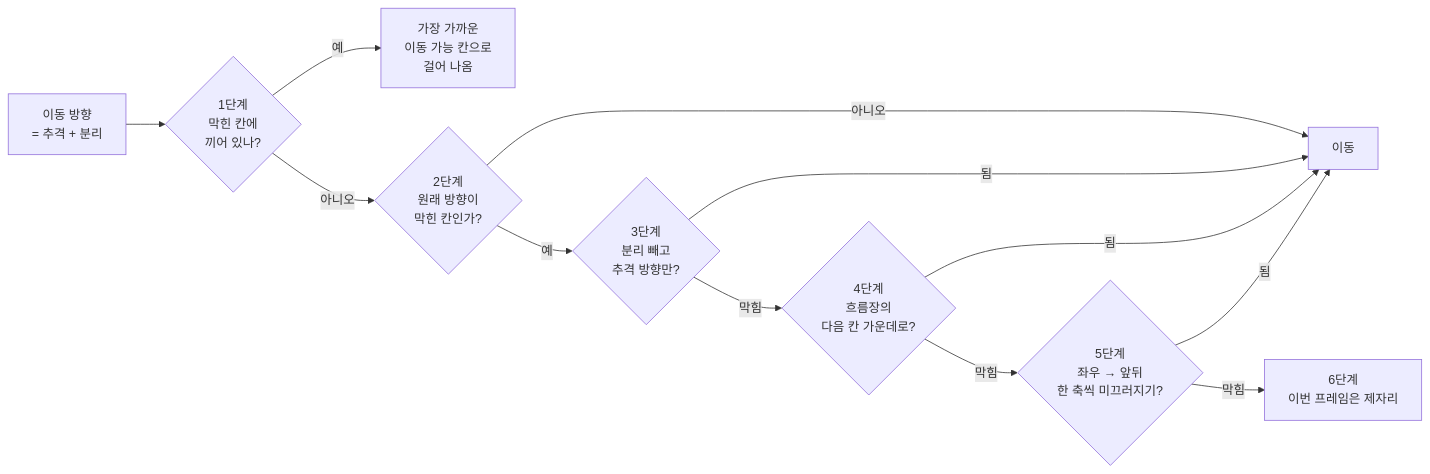
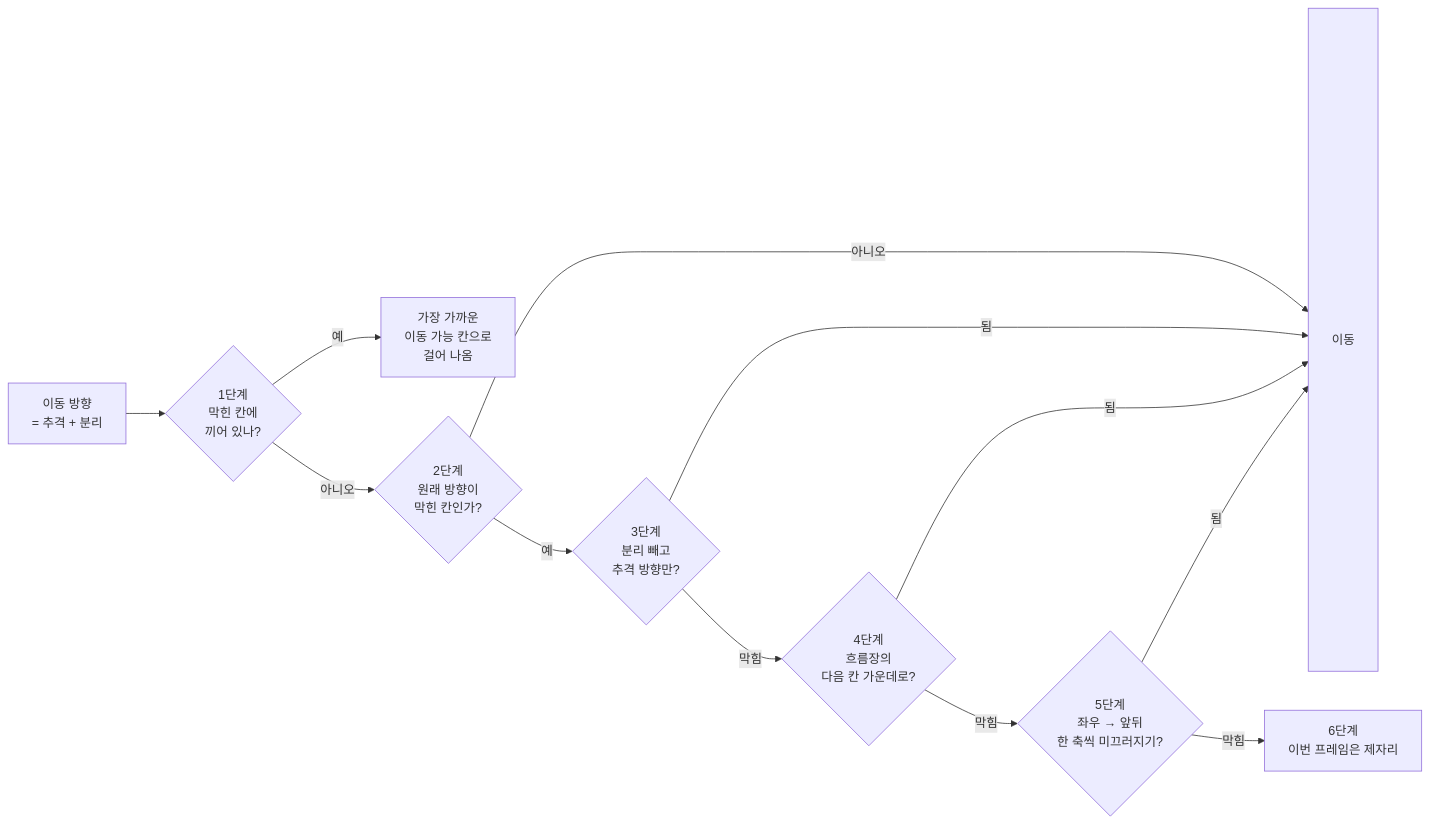
The third of 11 diagrams in src/01-project3d/기술문서.md (NaJungWon/portfolio), drawn with Mermaid before and after one commit. The commit also changed other lines of this file and 13 other files, not shown here.

First line of the commit message:
다이어그램 엔진 연결, 6개 문서 그림 13개 배치 다듬기

````diff
--- a/src/01-project3d/기술문서.md
+++ b/src/01-project3d/기술문서.md
@@ -304,14 +304,16 @@
 ```mermaid
 flowchart LR
+    %% 격자: IN - | A A1 | B OK | C OK | D OK | E OK | STOP -
+    %% 격자 열 간격: 120
     IN["이동 방향<br/>= 추격 + 분리"] --> A{"1단계<br/>막힌 칸에<br/>끼어 있나?"}
     A -->|"예"| A1["가장 가까운<br/>이동 가능 칸으로<br/>걸어 나옴"]
     A -->|"아니오"| B{"2단계<br/>원래 방향이<br/>막힌 칸인가?"}
-    B -->|"아니오"| OK["이동"]
+    B -->|"아니오"| OK["<div style=height:820px;line-height:820px>이동</div>"]
     B -->|"예"| C{"3단계<br/>분리 빼고<br/>추격 방향만?"}
     C -->|"됨"| OK
     C -->|"막힘"| D{"4단계<br/>흐름장의<br/>다음 칸 가운데로?"}
     D -->|"됨"| OK
     D -->|"막힘"| E{"5단계<br/>좌우 → 앞뒤<br/>한 축씩 미끄러지기?"}
     E -->|"됨"| OK
     E -->|"막힘"| STOP["6단계<br/>이번 프레임은 제자리"]
 ```
````
